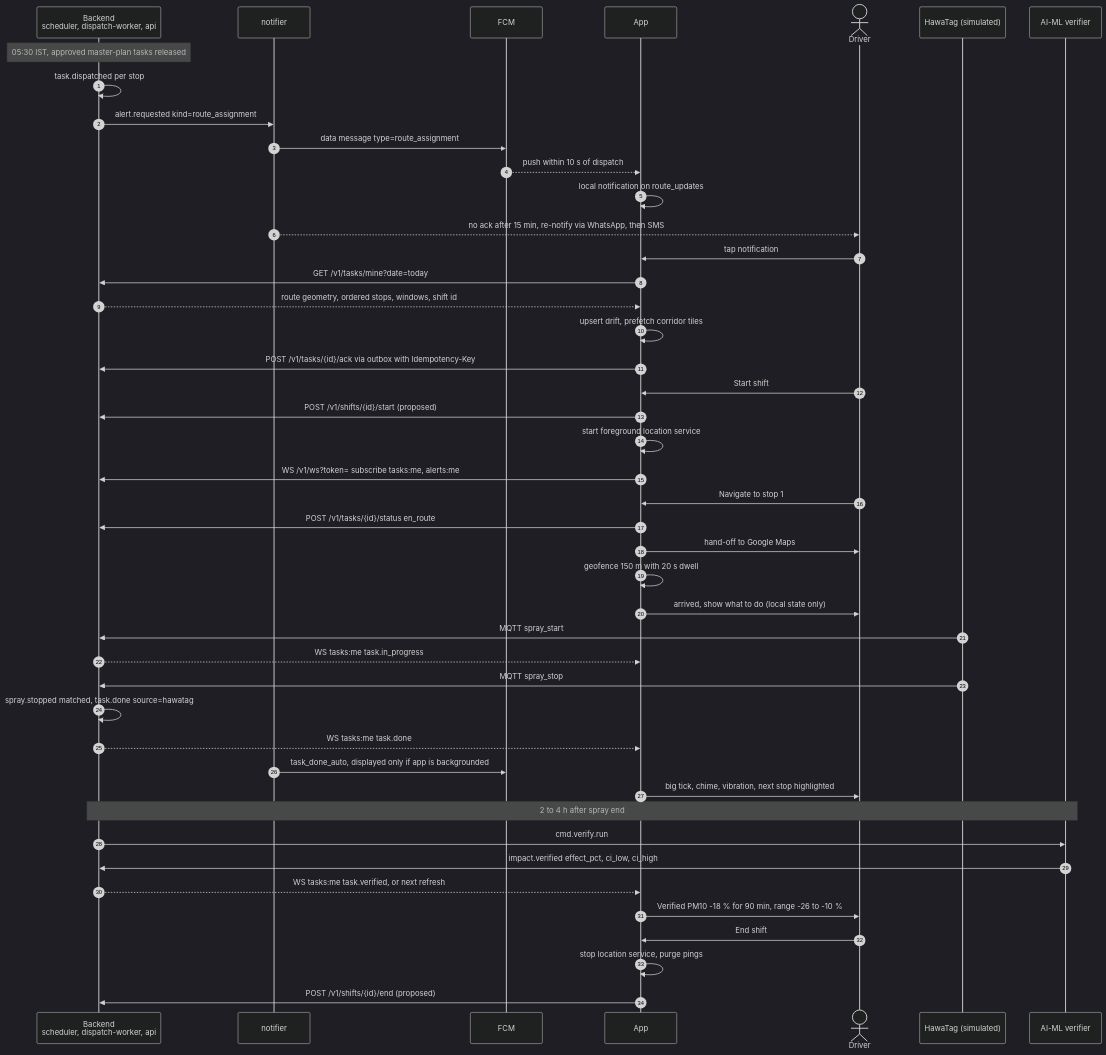
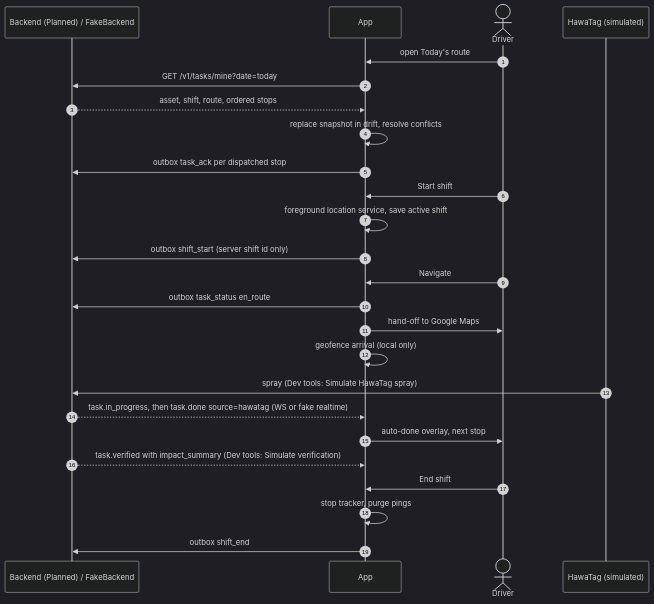
The third of 4 diagrams in docs/app/ARCHITECTURE.md (shankywho/HawaCommand), drawn with Mermaid (dark theme) before and after one commit. The commit also changed other lines of this file and 56 other files, not shown here.

````diff
--- a/docs/app/ARCHITECTURE.md
+++ b/docs/app/ARCHITECTURE.md
@@ -882,47 +738,27 @@
 ```mermaid
 sequenceDiagram
   autonumber
-  participant BE as Backend<br/>scheduler, dispatch-worker, api
-  participant N as notifier
-  participant F as FCM
+  participant BE as Backend (Planned) / FakeBackend
   participant A as App
   actor D as Driver
   participant T as HawaTag (simulated)
-  participant V as AI-ML verifier
-  Note over BE: 05:30 IST, approved master-plan tasks released
-  BE->>BE: task.dispatched per stop
-  BE->>N: alert.requested kind=route_assignment
-  N->>F: data message type=route_assignment
-  F-->>A: push within 10 s of dispatch
-  A->>A: local notification on route_updates
-  N-->>D: no ack after 15 min, re-notify via WhatsApp, then SMS
-  D->>A: tap notification
+  D->>A: open Today's route
   A->>BE: GET /v1/tasks/mine?date=today
-  BE-->>A: route geometry, ordered stops, windows, shift id
-  A->>A: upsert drift, prefetch corridor tiles
-  A->>BE: POST /v1/tasks/{id}/ack via outbox with Idempotency-Key
+  BE-->>A: asset, shift, route, ordered stops
+  A->>A: replace snapshot in drift, resolve conflicts
+  A->>BE: outbox task_ack per dispatched stop
   D->>A: Start shift
-  A->>BE: POST /v1/shifts/{id}/start (proposed)
-  A->>A: start foreground location service
-  A->>BE: WS /v1/ws?token= subscribe tasks:me, alerts:me
-  D->>A: Navigate to stop 1
-  A->>BE: POST /v1/tasks/{id}/status en_route
+  A->>A: foreground location service, save active shift
+  A->>BE: outbox shift_start (server shift id only)
+  D->>A: Navigate
+  A->>BE: outbox task_status en_route
   A->>D: hand-off to Google Maps
-  A->>A: geofence 150 m with 20 s dwell
-  A->>D: arrived, show what to do (local state only)
-  T->>BE: MQTT spray_start
-  BE-->>A: WS tasks:me task.in_progress
-  T->>BE: MQTT spray_stop
-  BE->>BE: spray.stopped matched, task.done source=hawatag
-  BE-->>A: WS tasks:me task.done
-  N->>F: task_done_auto, displayed only if app is backgrounded
-  A->>D: big tick, chime, vibration, next stop highlighted
-  Note over BE,V: 2 to 4 h after spray end
-  BE->>V: cmd.verify.run
-  V->>BE: impact.verified effect_pct, ci_low, ci_high
-  BE-->>A: WS tasks:me task.verified, or next refresh
-  A->>D: Verified PM10 -18 % for 90 min, range -26 to -10 %
+  A->>A: geofence arrival (local only)
+  T->>BE: spray (Dev tools: Simulate HawaTag spray)
+  BE-->>A: task.in_progress, then task.done source=hawatag (WS or fake realtime)
+  A->>D: auto-done overlay, next stop
+  BE-->>A: task.verified with impact_summary (Dev tools: Simulate verification)
   D->>A: End shift
-  A->>A: stop location service, purge pings
-  A->>BE: POST /v1/shifts/{id}/end (proposed)
+  A->>A: stop tracker, purge pings
+  A->>BE: outbox shift_end
 ```
````
